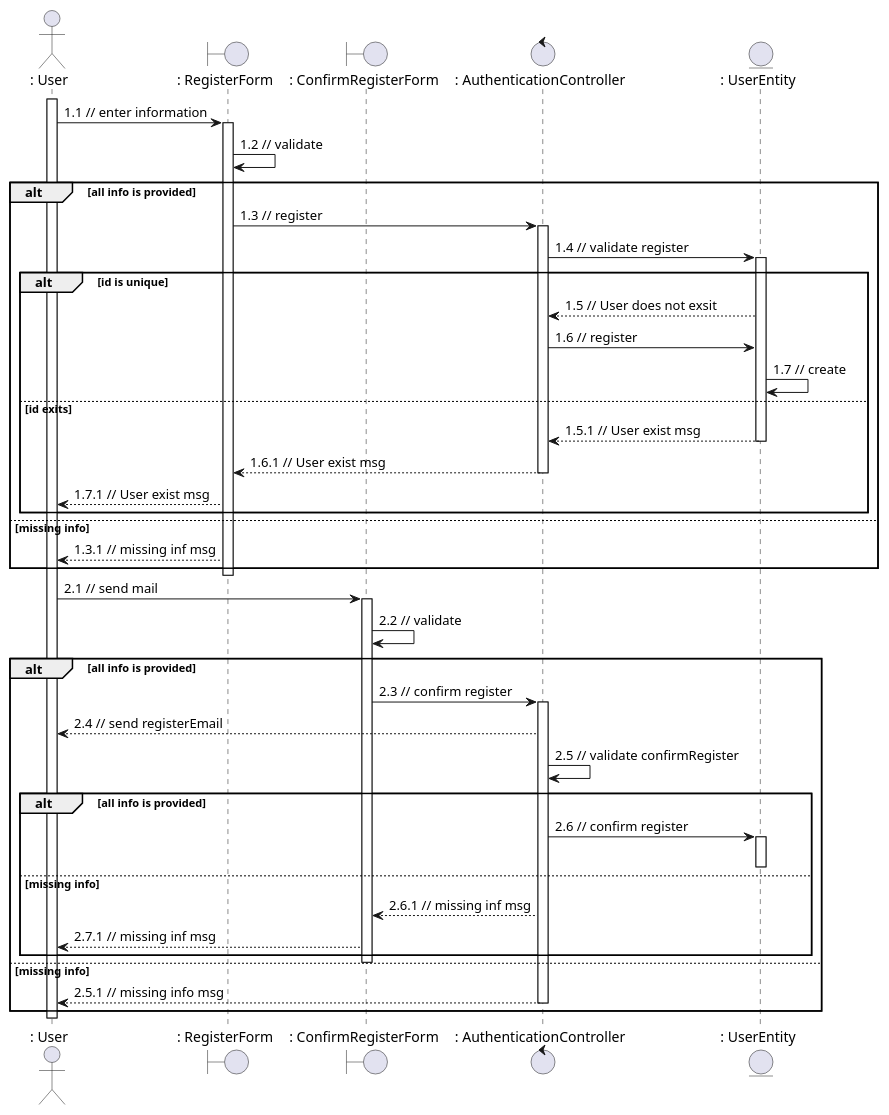
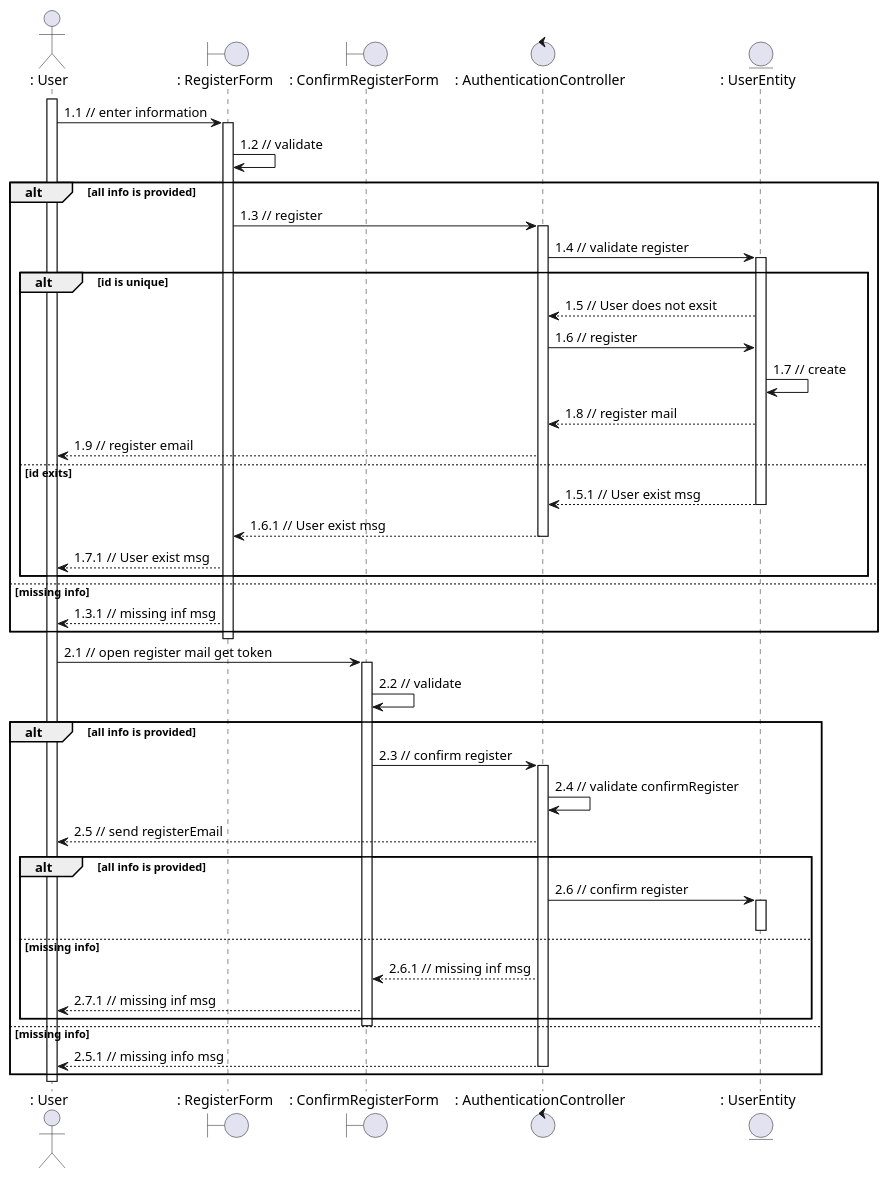
One commit to anonyhostvn/OOAD-Diagram changed the diagram in sequence - analysis/authentication/register.plantuml. Above: the diagram before and after it, drawn with PlantUML. The commit also changed 10 other files, not shown here.

Commit message:
sua loi sequence diagram

```diff
--- a/sequence - analysis/authentication/register.plantuml
+++ b/sequence - analysis/authentication/register.plantuml
@@ -1,71 +1,74 @@
 @startuml
 actor ": User"
 boundary ": RegisterForm"
 boundary ": ConfirmRegisterForm"
 control ": AuthenticationController"
 entity ": UserEntity"
 
 activate ": User"
 ": User" -> ": RegisterForm" : 1.1 // enter information
 activate ": RegisterForm"
 ": RegisterForm" -> ": RegisterForm" : 1.2 // validate
 
 alt all info is provided
 
 ": RegisterForm" -> ": AuthenticationController" : 1.3 // register
 activate ": AuthenticationController"
 ": AuthenticationController" -> ": UserEntity" : 1.4 // validate register
 activate ": UserEntity"
 
 alt id is unique
 
 ": UserEntity" --> ": AuthenticationController" : 1.5 // User does not exsit
 ": AuthenticationController" -> ": UserEntity" : 1.6 // register
 ": UserEntity" -> ": UserEntity" : 1.7 // create
-
+": UserEntity" --> ": AuthenticationController" : 1.8 // register mail
+": AuthenticationController" --> ": User" : 1.9 // register email
 else id exits
 
 ": UserEntity" --> ": AuthenticationController" : 1.5.1 // User exist msg
 deactivate ": UserEntity"
 ": AuthenticationController" --> ": RegisterForm" : 1.6.1 // User exist msg
 deactivate ": AuthenticationController"
 ": RegisterForm" --> ": User" : 1.7.1 // User exist msg
+
 end
 
 else missing info
 
 ": RegisterForm" --> ": User" : 1.3.1 // missing inf msg
 
 end
 deactivate ": RegisterForm"
-": User" -> ": ConfirmRegisterForm" : 2.1 // send mail
+": User" -> ": ConfirmRegisterForm" : 2.1 // open register mail get token
 activate ": ConfirmRegisterForm"
 ": ConfirmRegisterForm" -> ": ConfirmRegisterForm" : 2.2 // validate
 
 alt all info is provided
 
 ": ConfirmRegisterForm" -> ": AuthenticationController" : 2.3 // confirm register
 activate ": AuthenticationController"
-": AuthenticationController" --> ": User" : 2.4 // send registerEmail
-": AuthenticationController" -> ": AuthenticationController" : 2.5 // validate confirmRegister
+": AuthenticationController" -> ": AuthenticationController" : 2.4 // validate confirmRegister
+": AuthenticationController" --> ": User" : 2.5 // send registerEmail
+
 
 alt all info is provided
 
 ": AuthenticationController" -> ": UserEntity" : 2.6 // confirm register
 activate ": UserEntity"
 deactivate ": UserEntity"
 else missing info
 
 ": AuthenticationController" --> ": ConfirmRegisterForm" : 2.6.1 // missing inf msg
 ": ConfirmRegisterForm" --> ": User" : 2.7.1 // missing inf msg
 
 end
 deactivate ": ConfirmRegisterForm"
 
 else missing info
 
 ": AuthenticationController" --> ": User" : 2.5.1 // missing info msg
 deactivate ": AuthenticationController"
 end
 deactivate ": User"
 @enduml
```
